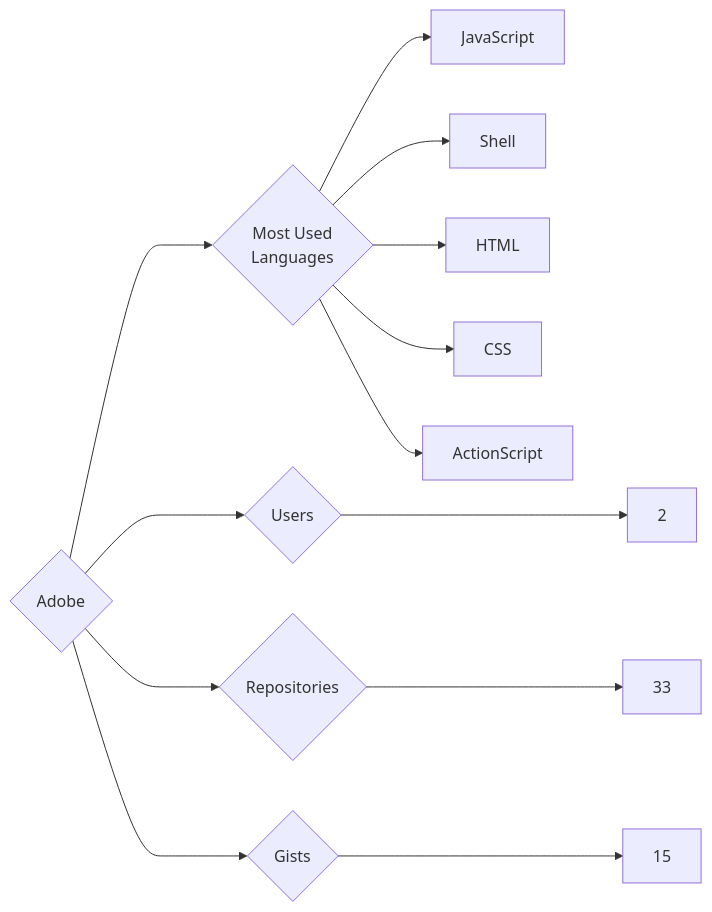
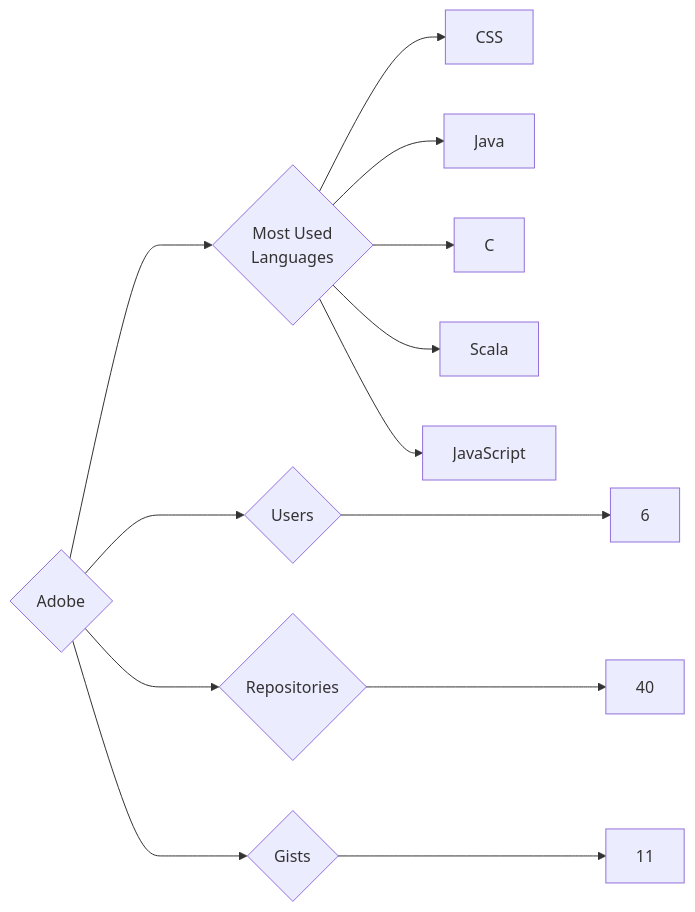
The diagram in targets/Adobe/README.md (trickest/insiders), drawn with Mermaid before and after one commit. The commit also changed 1149 other files, not shown here.

````diff
--- a/targets/Adobe/README.md
+++ b/targets/Adobe/README.md
@@ -3,13 +3,13 @@
 ```mermaid
 graph LR
 COMPANY_NAME{Adobe}
-COMPANY_NAME ---> U{Users} ---> UN[2]
-COMPANY_NAME ---> R{Repositories} ---> RN[33]
-COMPANY_NAME ---> G{Gists} ---> GN[15]
+COMPANY_NAME ---> U{Users} ---> UN[6]
+COMPANY_NAME ---> R{Repositories} ---> RN[40]
+COMPANY_NAME ---> G{Gists} ---> GN[11]
 COMPANY_NAME ---> ML{Most Used<br>Languages}
+ML --> CSS[CSS]
+ML --> Java[Java]
+ML --> C[C]
+ML --> Scala[Scala]
 ML --> JavaScript[JavaScript]
-ML --> Shell[Shell]
-ML --> HTML[HTML]
-ML --> CSS[CSS]
-ML --> ActionScript[ActionScript]
 ```
````
